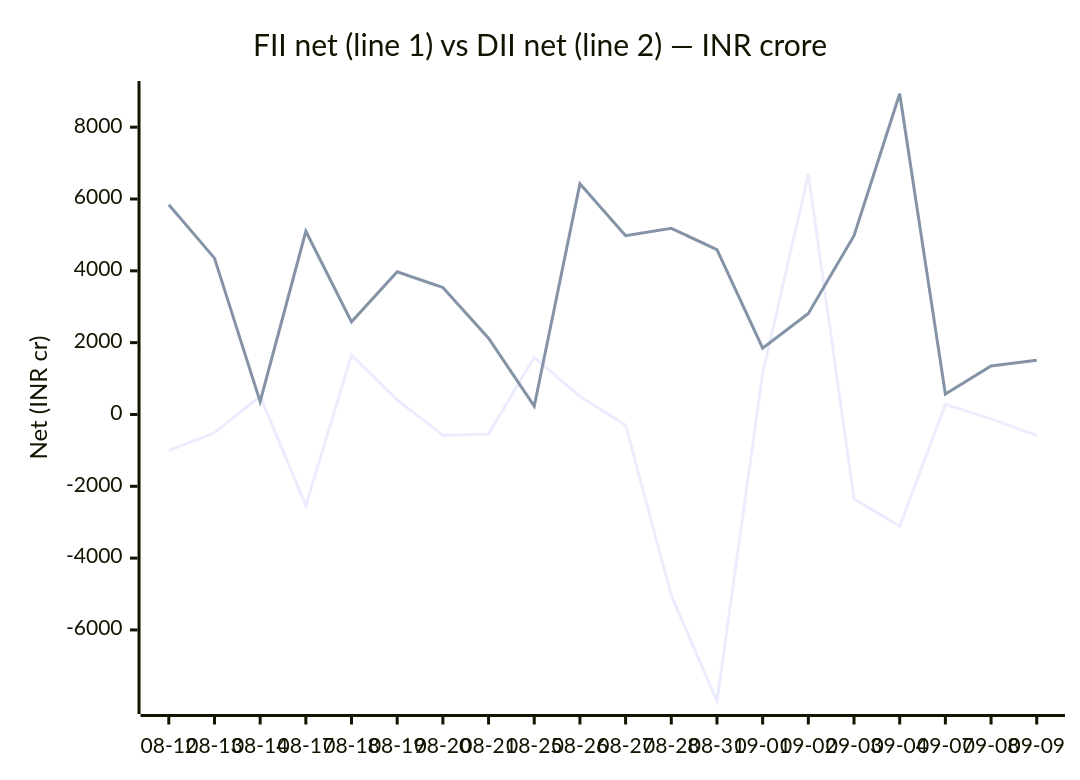
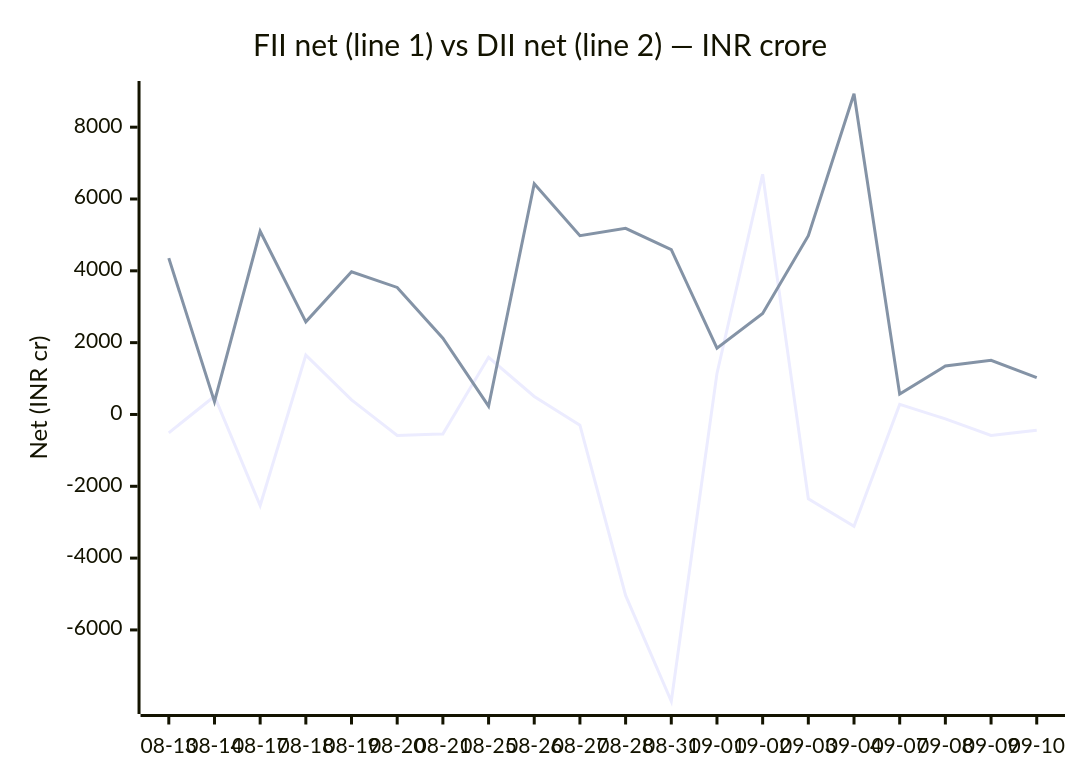
One commit to chirag127/fii-dii-activity-api changed the second of 2 diagrams in README.md. Above: the diagram before and after it, drawn with Mermaid. The commit also changed 2 other files, not shown here.

Commit message:
data: scrape 2026-09-11

````diff
--- a/README.md
+++ b/README.md
@@ -53,8 +53,8 @@
 ```mermaid
 xychart-beta
     title "FII net (line 1) vs DII net (line 2) — INR crore"
-    x-axis ["08-12", "08-13", "08-14", "08-17", "08-18", "08-19", "08-20", "08-21", "08-25", "08-26", "08-27", "08-28", "08-31", "09-01", "09-02", "09-03", "09-04", "09-07", "09-08", "09-09"]
+    x-axis ["08-13", "08-14", "08-17", "08-18", "08-19", "08-20", "08-21", "08-25", "08-26", "08-27", "08-28", "08-31", "09-01", "09-02", "09-03", "09-04", "09-07", "09-08", "09-09", "09-10"]
     y-axis "Net (INR cr)" -7986 --> 8931
-    line [-1002.5, -510.69, 508.12, -2535.1, 1651.53, 407.99, -583.36, -542.71, 1593.53, 502.63, -298.26, -5039.8, -7985.88, 1143.38, 6688.37, -2345.87, -3111.94, 280.13, -123.19, -582.99]
-    line [5841.66, 4353.09, 356.4, 5101.46, 2579.31, 3973.72, 3537.71, 2124.14, 230.26, 6425.16, 4977.17, 5183.93, 4588.88, 1846.94, 2812.98, 4977.46, 8930.12, 566.76, 1349.64, 1509.04]
+    line [-510.69, 508.12, -2535.1, 1651.53, 407.99, -583.36, -542.71, 1593.53, 502.63, -298.26, -5039.8, -7985.88, 1143.38, 6688.37, -2345.87, -3111.94, 280.13, -123.19, -582.99, -438.24]
+    line [4353.09, 356.4, 5101.46, 2579.31, 3973.72, 3537.71, 2124.14, 230.26, 6425.16, 4977.17, 5183.93, 4588.88, 1846.94, 2812.98, 4977.46, 8930.12, 566.76, 1349.64, 1509.04, 1025.85]
 ```
````
